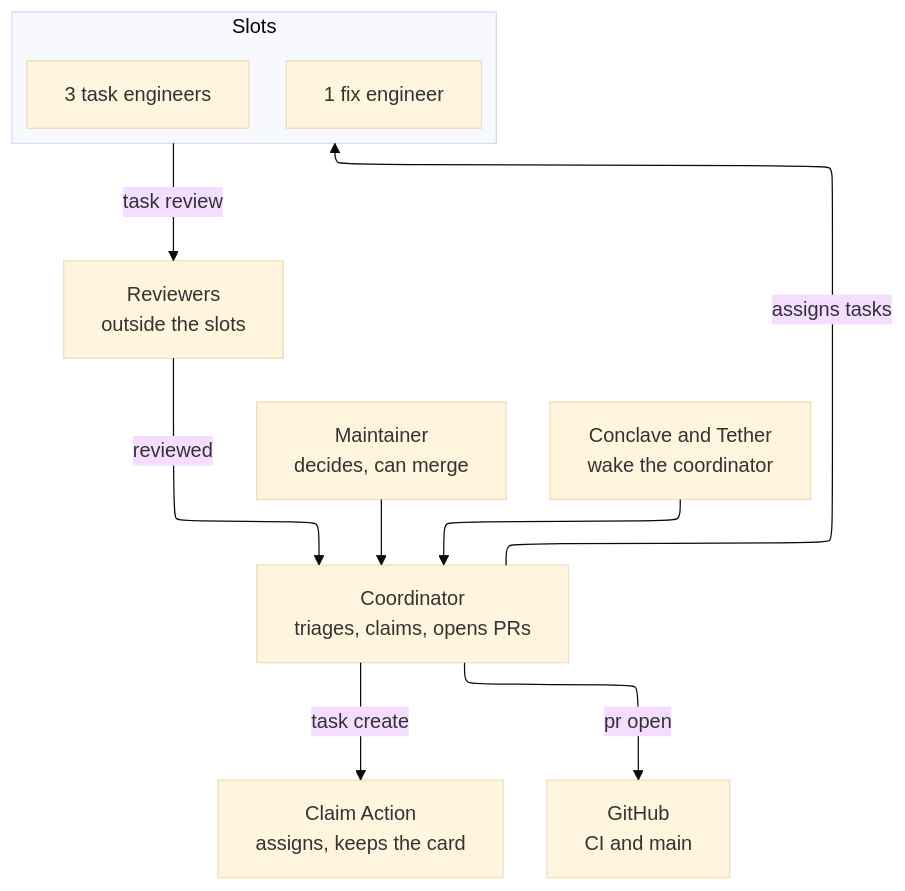
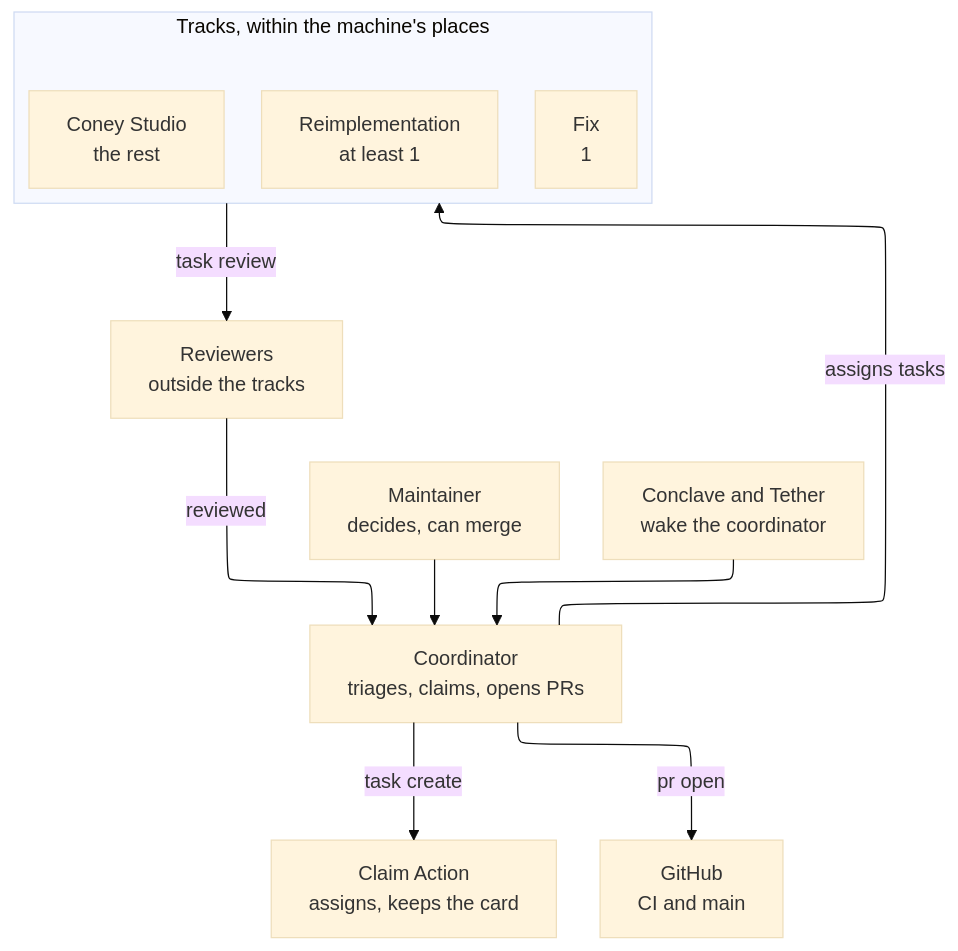
The second of 3 diagrams in docs/guides/how-we-work.md (Ryubara/coney), drawn with Mermaid (base theme) before and after one commit. The commit also changed other lines of this file and 26 other files, not shown here.

First line of the commit message:
tools: Rework the engineer slots into reimplementation, fix and Studio (#1091)

````diff
--- a/docs/guides/how-we-work.md
+++ b/docs/guides/how-we-work.md
@@ -167,24 +167,25 @@
 ```mermaid
 ---
 config:
   layout: elk
 ---
 flowchart TB
   maint["Maintainer<br/>decides, can merge"]
   wake["Conclave and Tether<br/>wake the coordinator"]
   coord["Coordinator<br/>triages, claims, opens PRs"]
   action["Claim Action<br/>assigns, keeps the card"]
-  subgraph slots ["Slots"]
-    tasks["3 task engineers"]
-    fix["1 fix engineer"]
+  subgraph slots ["Tracks, within the machine's places"]
+    tasks["Reimplementation<br/>at least 1"]
+    fix["Fix<br/>1"]
+    studio["Coney Studio<br/>the rest"]
   end
-  rev["Reviewers<br/>outside the slots"]
+  rev["Reviewers<br/>outside the tracks"]
   gh["GitHub<br/>CI and main"]
   maint --> coord
   wake --> coord
   coord -- "task create" --> action
   coord -- "assigns tasks" --> slots
   slots -- "task review" --> rev
   rev -- "reviewed" --> coord
   coord -- "pr open" --> gh
 ```
````
